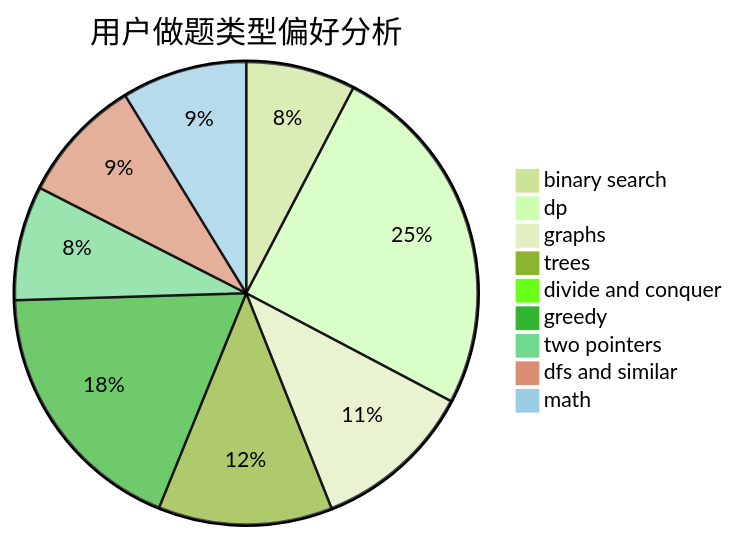
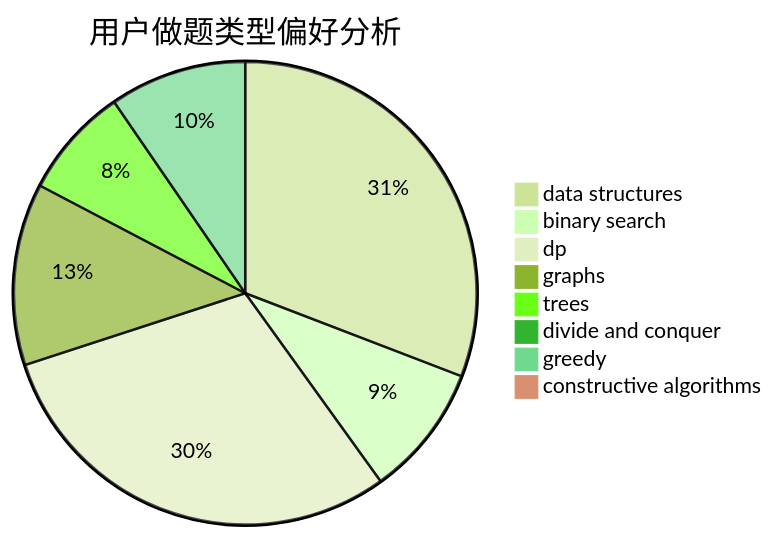
Before and after one commit to sherpahu/cfrs.github.io: the second of 3 diagrams in docs/user/u1272.md, drawn with Mermaid (forest theme). The commit also changed other lines of this file and 2775 other files, not shown here.

````diff
--- a/docs/user/u1272.md
+++ b/docs/user/u1272.md
@@ -23,12 +23,11 @@
 ```mermaid
 pie title 用户做题类型偏好分析
+    "data structures" :  374
     "binary search" :  112
-    "dp" :  367
-    "graphs" :  165
-    "trees" :  178
+    "dp" :  363
+    "graphs" :  154
+    "trees" :  94
     "divide and conquer" :  0
-    "greedy" :  269
-    "two pointers" :  117
-    "dfs and similar" :  128
-    "math" :  128
+    "greedy" :  116
+    "constructive algorithms" :  4
 ```
````
